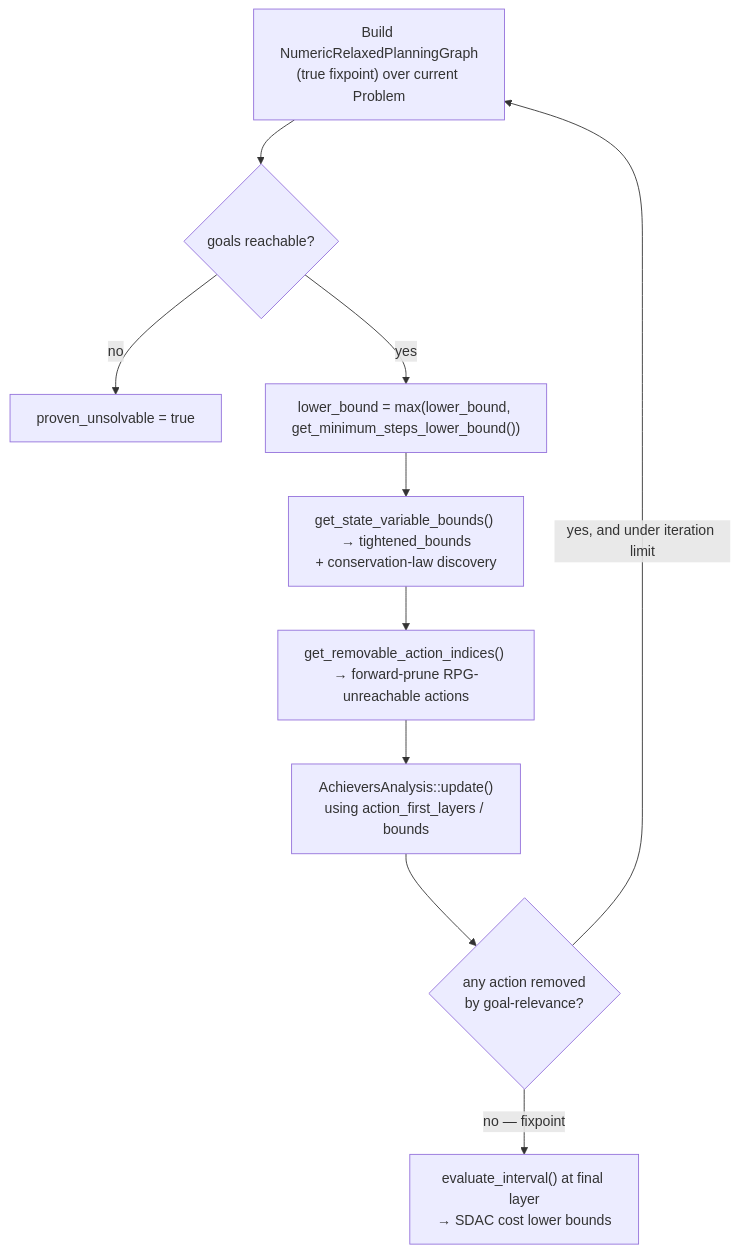
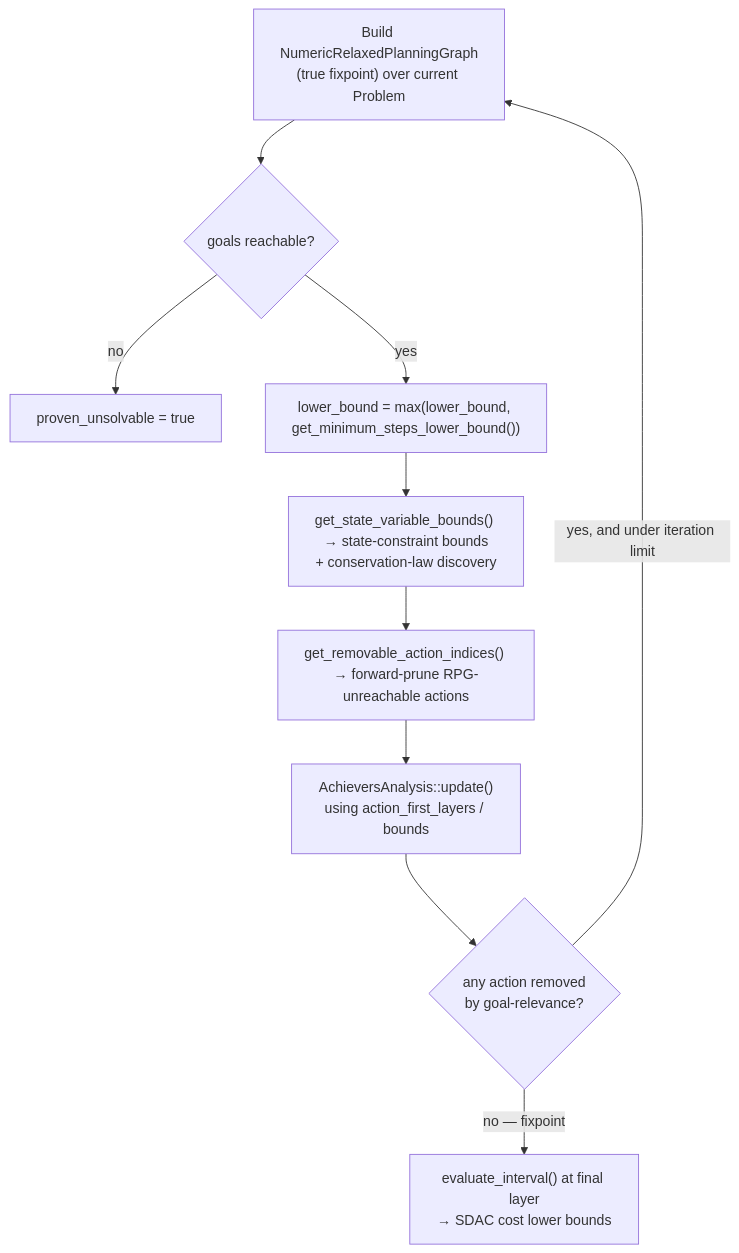
One commit to pyPMT/RanTanPlan changed the second of 2 diagrams in developer-docs/relaxed-planning-graph.md. Above: the diagram before and after it, drawn with Mermaid. The commit also changed other lines of this file and 32 other files, not shown here.

````diff
--- a/developer-docs/relaxed-planning-graph.md
+++ b/developer-docs/relaxed-planning-graph.md
@@ -162,12 +162,12 @@
 ```mermaid
 flowchart TD
     A["Build NumericRelaxedPlanningGraph<br/>(true fixpoint) over current Problem"] --> B{goals reachable?}
     B -->|no| C[proven_unsolvable = true]
     B -->|yes| D["lower_bound = max(lower_bound, get_minimum_steps_lower_bound())"]
-    D --> E["get_state_variable_bounds() → tightened_bounds<br/>+ conservation-law discovery"]
+    D --> E["get_state_variable_bounds() → state-constraint bounds<br/>+ conservation-law discovery"]
     E --> F["get_removable_action_indices() → forward-prune RPG-unreachable actions"]
     F --> G["AchieversAnalysis::update()<br/>using action_first_layers / bounds"]
     G --> H{any action removed<br/>by goal-relevance?}
     H -->|yes, and under iteration limit| A
     H -->|no — fixpoint| I["evaluate_interval() at final layer<br/>→ SDAC cost lower bounds"]
 ```
````
